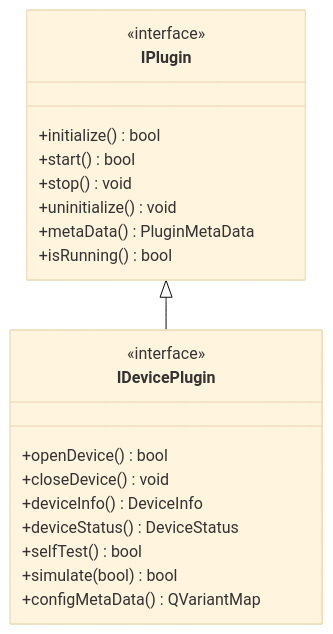
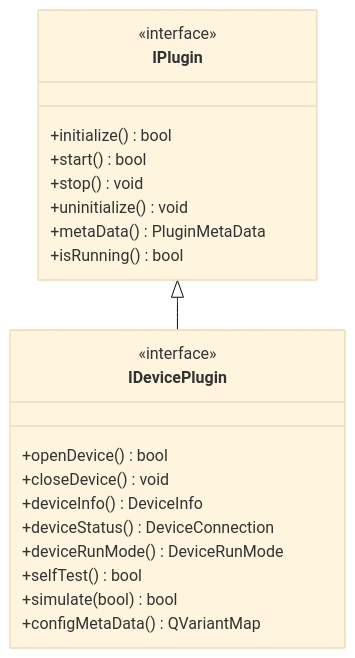
The first of 5 diagrams in docs/thinking/IATP_设计方案.md (qyslamd/ETestStudio), drawn with Mermaid (base theme) before and after one commit. The commit also changed other lines of this file and 2 other files, not shown here.

````diff
--- a/docs/thinking/IATP_设计方案.md
+++ b/docs/thinking/IATP_设计方案.md
@@ -354,25 +354,26 @@
 ```mermaid
 classDiagram
     class IPlugin {
         <<interface>>
         +initialize() bool
         +start() bool
         +stop() void
         +uninitialize() void
         +metaData() PluginMetaData
         +isRunning() bool
     }
 
     class IDevicePlugin {
         <<interface>>
         +openDevice() bool
         +closeDevice() void
         +deviceInfo() DeviceInfo
-        +deviceStatus() DeviceStatus
+        +deviceStatus() DeviceConnection
+        +deviceRunMode() DeviceRunMode
         +selfTest() bool
         +simulate(bool) bool
         +configMetaData() QVariantMap
     }
 
     IPlugin <|-- IDevicePlugin
 ```
````
